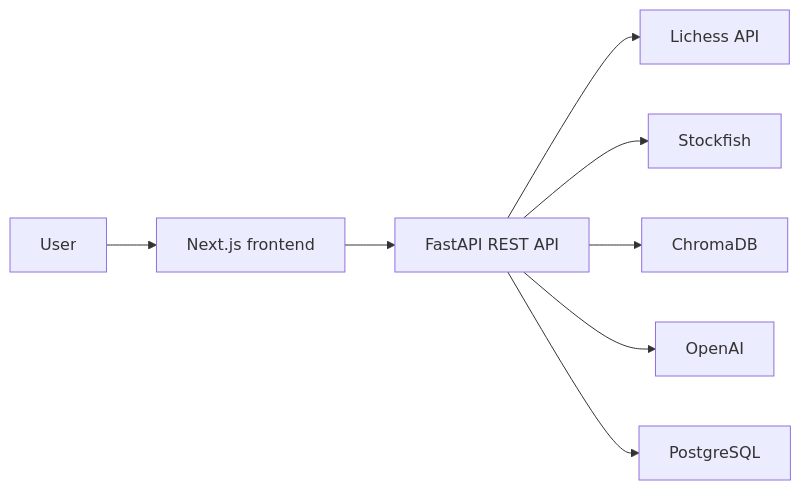
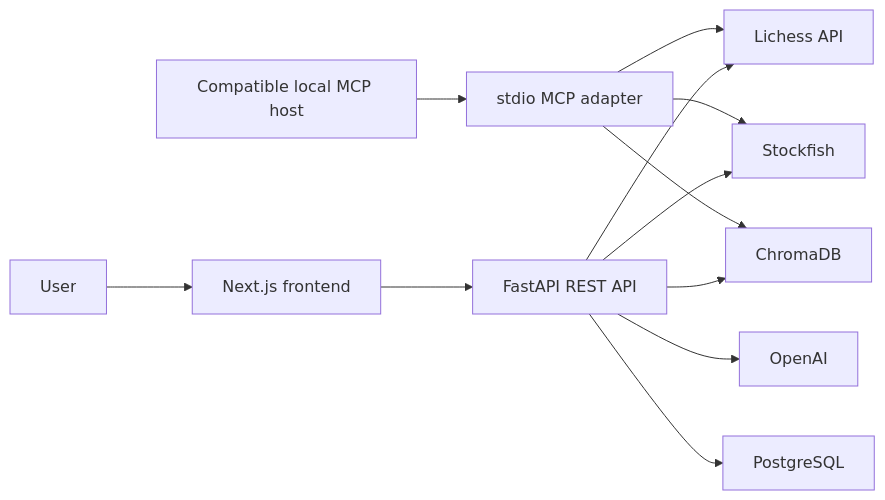
One commit to pablosaez21/cerno changed the first of 2 diagrams in docs/architecture.md. Above: the diagram before and after it, drawn with Mermaid. The commit also changed other lines of this file and 11 other files, not shown here.

````diff
--- a/docs/architecture.md
+++ b/docs/architecture.md
@@ -28,10 +30,14 @@
 ```mermaid
 flowchart LR
     User["User"] --> UI["Next.js frontend"]
     UI --> REST["FastAPI REST API"]
+    Host["Compatible local MCP host"] --> MCP["stdio MCP adapter"]
+    MCP --> Lichess
+    MCP --> Stockfish
+    MCP --> Chroma
     REST --> Lichess["Lichess API"]
     REST --> Stockfish["Stockfish"]
     REST --> Chroma["ChromaDB"]
     REST --> OpenAI["OpenAI"]
     REST --> Postgres["PostgreSQL"]
 ```
````
